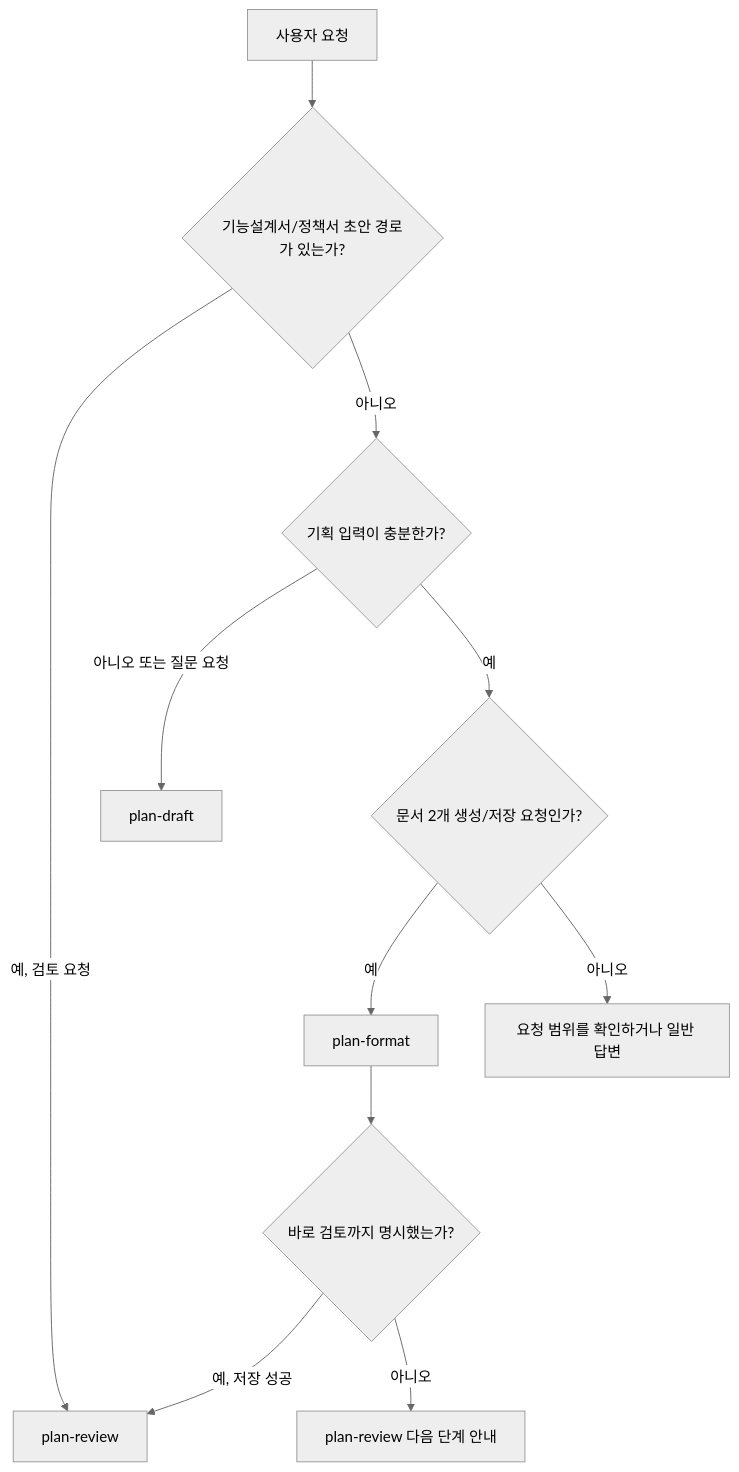
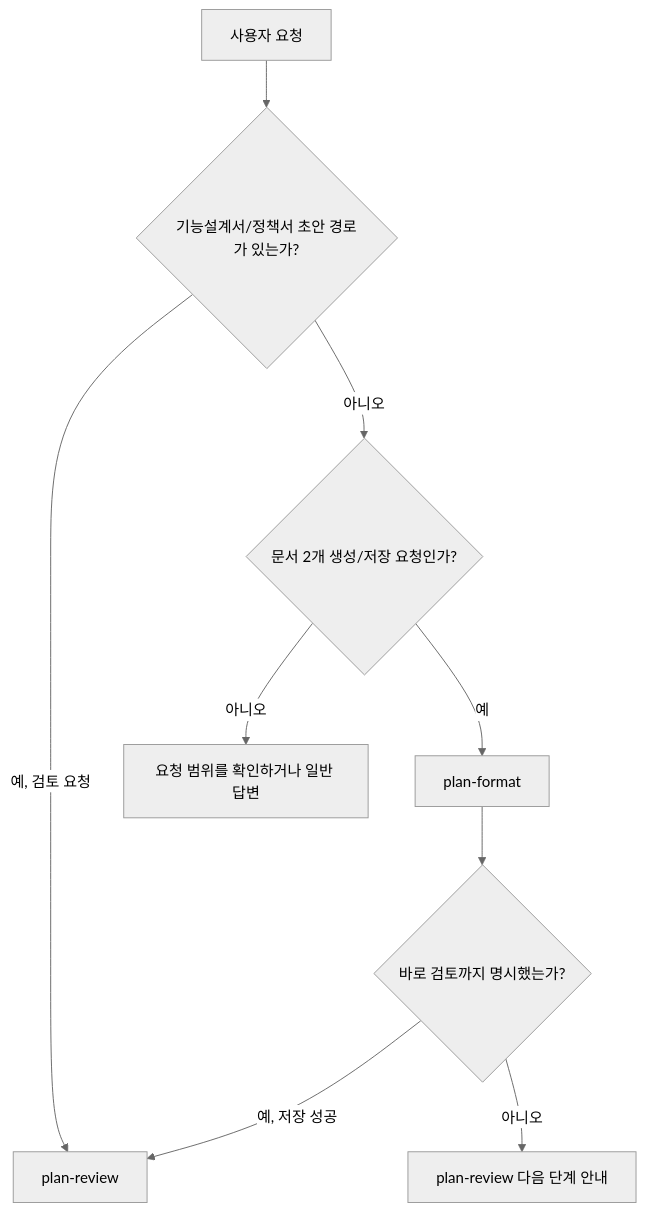
One commit to inkwonjung-colosseum/plugins changed the fourth of 4 diagrams in product-team-kit/docs/skills-workflow.md. Above: the diagram before and after it, drawn with Mermaid (neutral theme). The commit also changed other lines of this file and 42 other files, not shown here.

````diff
--- a/product-team-kit/docs/skills-workflow.md
+++ b/product-team-kit/docs/skills-workflow.md
@@ -234,13 +165,11 @@
 ```mermaid
 flowchart TD
     A[사용자 요청] --> B{기능설계서/정책서 초안 경로가 있는가?}
     B -- 예, 검토 요청 --> C[plan-review]
-    B -- 아니오 --> D{기획 입력이 충분한가?}
-    D -- 아니오 또는 질문 요청 --> E[plan-draft]
-    D -- 예 --> F{문서 2개 생성/저장 요청인가?}
-    F -- 예 --> G[plan-format]
-    F -- 아니오 --> H[요청 범위를 확인하거나 일반 답변]
-    G --> I{바로 검토까지 명시했는가?}
-    I -- 예, 저장 성공 --> C
-    I -- 아니오 --> J[plan-review 다음 단계 안내]
+    B -- 아니오 --> D{문서 2개 생성/저장 요청인가?}
+    D -- 예 --> E[plan-format]
+    D -- 아니오 --> F[요청 범위를 확인하거나 일반 답변]
+    E --> G{바로 검토까지 명시했는가?}
+    G -- 예, 저장 성공 --> C
+    G -- 아니오 --> H[plan-review 다음 단계 안내]
 ```
````
